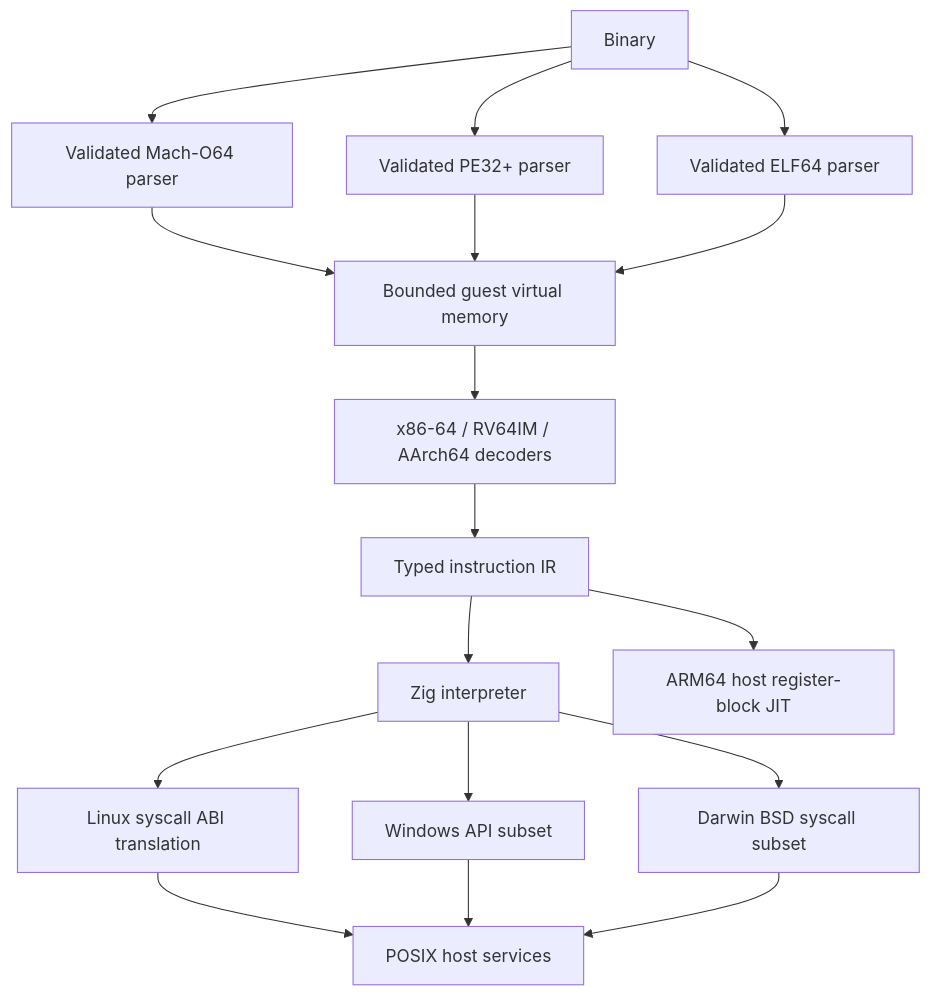
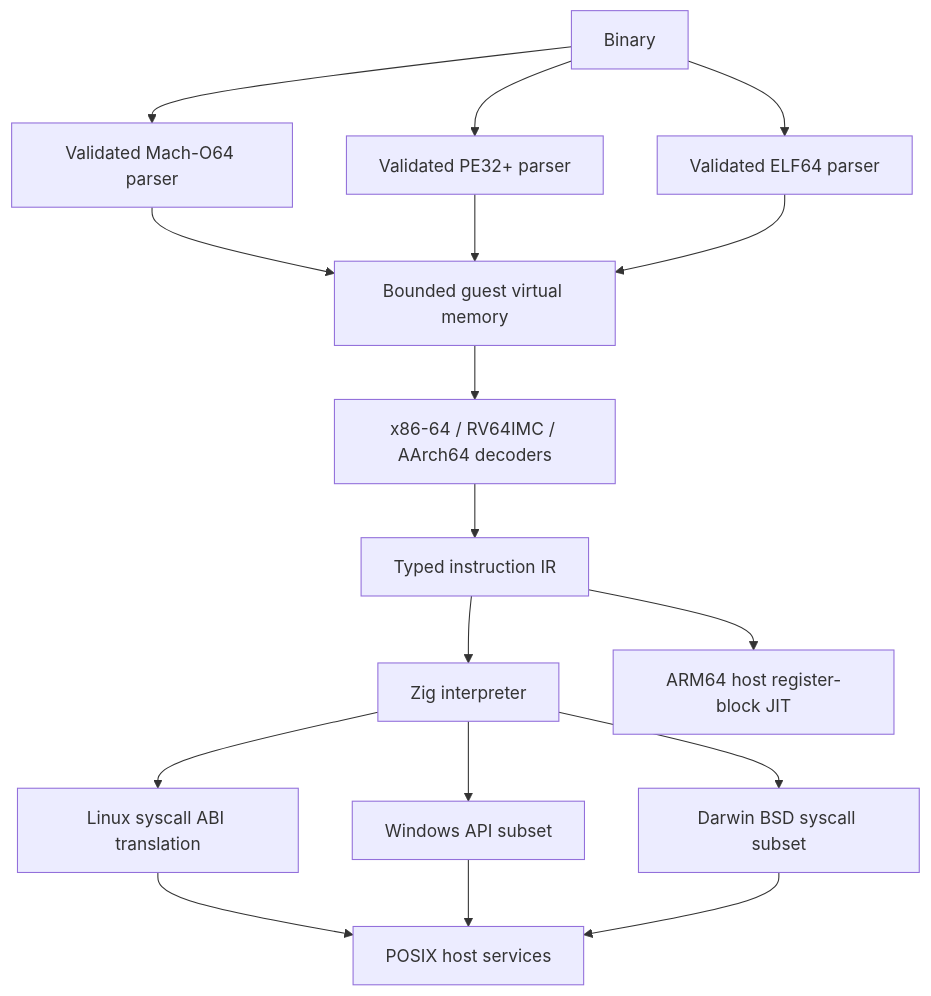
Before and after one commit to OthmaneBlial/universe: the diagram in docs/architecture.md, drawn with Mermaid. The commit also changed other lines of this file and 12 other files, not shown here.

````diff
--- a/docs/architecture.md
+++ b/docs/architecture.md
@@ -6,19 +6,19 @@
 ```mermaid
 flowchart TD
     Binary --> ELF[Validated ELF64 parser]
     Binary --> PE[Validated PE32+ parser]
     Binary --> MachO[Validated Mach-O64 parser]
     MachO --> Memory
     PE --> Memory
     ELF --> Memory[Bounded guest virtual memory]
-    Memory --> Decode[x86-64 / RV64IM / AArch64 decoders]
+    Memory --> Decode[x86-64 / RV64IMC / AArch64 decoders]
     Decode --> UIR[Typed instruction IR]
     UIR --> Interpreter[Zig interpreter]
     UIR --> JIT[ARM64 host register-block JIT]
     Interpreter --> Linux[Linux syscall ABI translation]
     Linux --> Host[POSIX host services]
     Interpreter --> Windows[Windows API subset]
     Windows --> Host
     Interpreter --> Darwin[Darwin BSD syscall subset]
     Darwin --> Host
 ```
````
